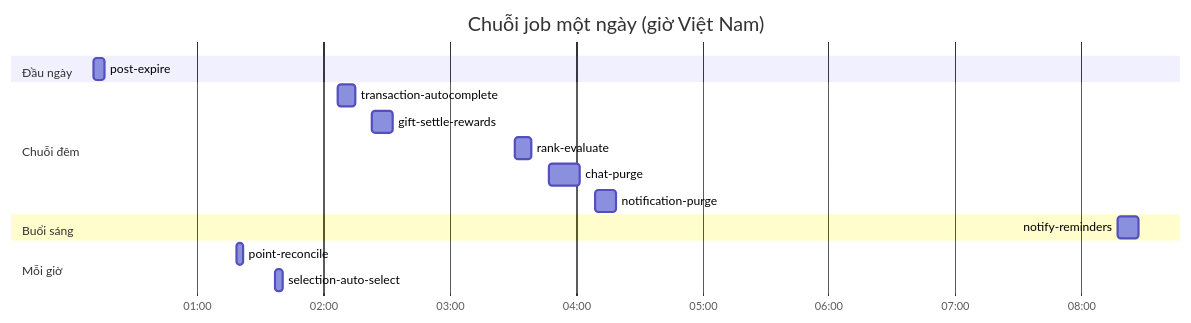
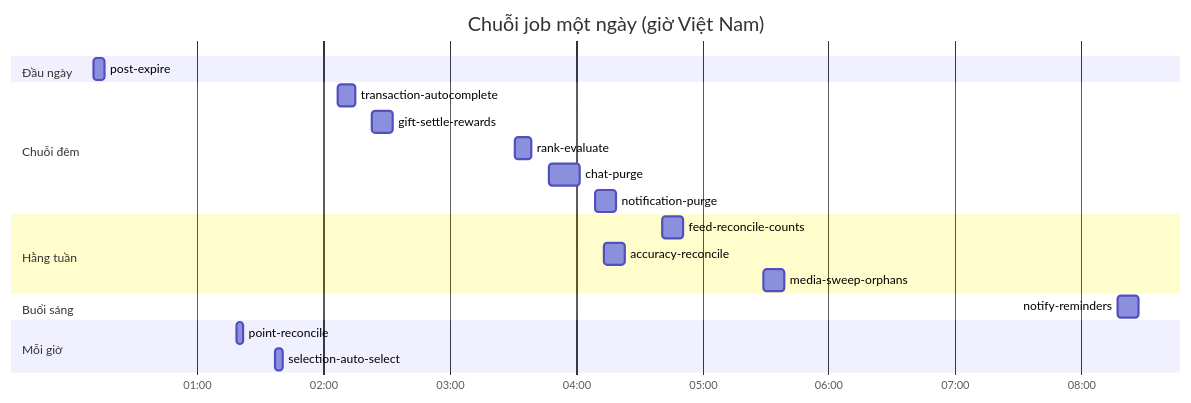
The sixth of 8 diagrams in docs/diagram/17-jobs.md (fdshn/trueheart), drawn with Mermaid before and after one commit. The commit also changed other lines of this file and 5 other files, not shown here.

````diff
--- a/docs/diagram/17-jobs.md
+++ b/docs/diagram/17-jobs.md
@@ -119,19 +185,23 @@
 ```mermaid
 gantt
     title Chuỗi job một ngày (giờ Việt Nam)
     dateFormat HH:mm
     axisFormat %H:%M
     section Đầu ngày
     post-expire            :00:11, 5m
     section Chuỗi đêm
     transaction-autocomplete :02:07, 8m
     gift-settle-rewards      :02:23, 10m
     rank-evaluate            :03:31, 8m
     chat-purge               :03:47, 15m
     notification-purge       :04:09, 10m
+    section Hằng tuần
+    feed-reconcile-counts  :04:41, 10m
+    accuracy-reconcile     :04:13, 10m
+    media-sweep-orphans    :05:29, 10m
     section Buổi sáng
     notify-reminders       :08:17, 10m
     section Mỗi giờ
     point-reconcile        :01:19, 3m
     selection-auto-select  :01:37, 4m
 ```
````
